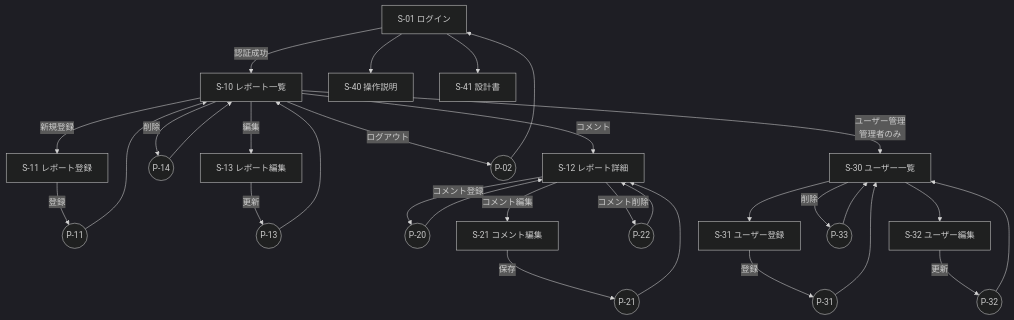
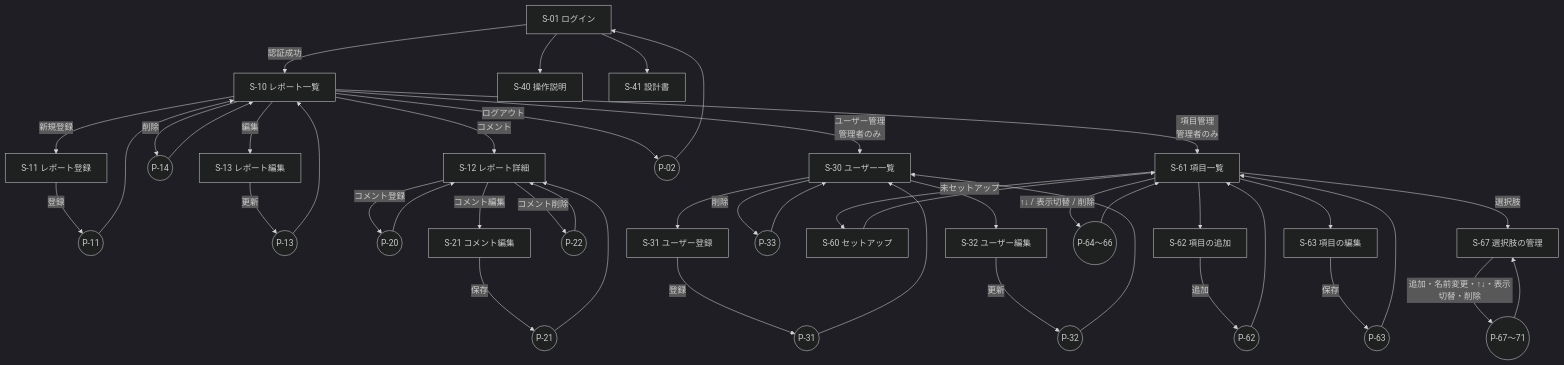
Before and after one commit to kazuaki-ishihara/report-system: the second of 4 diagrams in docs/basic_design.md, drawn with Mermaid (dark theme). The commit also changed other lines of this file and 4 other files, not shown here.

````diff
--- a/docs/basic_design.md
+++ b/docs/basic_design.md
@@ -152,21 +181,28 @@
 ```mermaid
 flowchart TD
     Login[S-01 ログイン] -->|認証成功| Index[S-10 レポート一覧]
     Login --> Manual[S-40 操作説明]
     Login --> Design[S-41 設計書]
     Index -->|新規登録| Create[S-11 レポート登録]
     Create -->|登録| Store((P-11)) --> Index
     Index -->|編集| Edit[S-13 レポート編集]
     Edit -->|更新| Update((P-13)) --> Index
     Index -->|削除| Delete((P-14)) --> Index
     Index -->|コメント| Detail[S-12 レポート詳細]
     Detail -->|コメント登録| CStore((P-20)) --> Detail
     Detail -->|コメント編集| CEdit[S-21 コメント編集]
     CEdit -->|保存| CUpdate((P-21)) --> Detail
     Detail -->|コメント削除| CDelete((P-22)) --> Detail
     Index -->|ユーザー管理<br/>管理者のみ| Users[S-30 ユーザー一覧]
     Users --> UCreate[S-31 ユーザー登録] -->|登録| UStore((P-31)) --> Users
     Users --> UEdit[S-32 ユーザー編集] -->|更新| UUpdate((P-32)) --> Users
     Users -->|削除| UDelete((P-33)) --> Users
+    Index -->|項目管理<br/>管理者のみ| Fields[S-61 項目一覧]
+    Fields -->|未セットアップ| FSetup[S-60 セットアップ] --> Fields
+    Fields --> FCreate[S-62 項目の追加] -->|追加| FStore((P-62)) --> Fields
+    Fields --> FEdit[S-63 項目の編集] -->|保存| FUpdate((P-63)) --> Fields
+    Fields -->|↑↓ / 表示切替 / 削除| FOps((P-64〜66)) --> Fields
+    Fields -->|選択肢| FOptions[S-67 選択肢の管理]
+    FOptions -->|追加・名前変更・↑↓・表示切替・削除| OOps((P-67〜71)) --> FOptions
     Index -->|ログアウト| Logout((P-02)) --> Login
 ```
````
